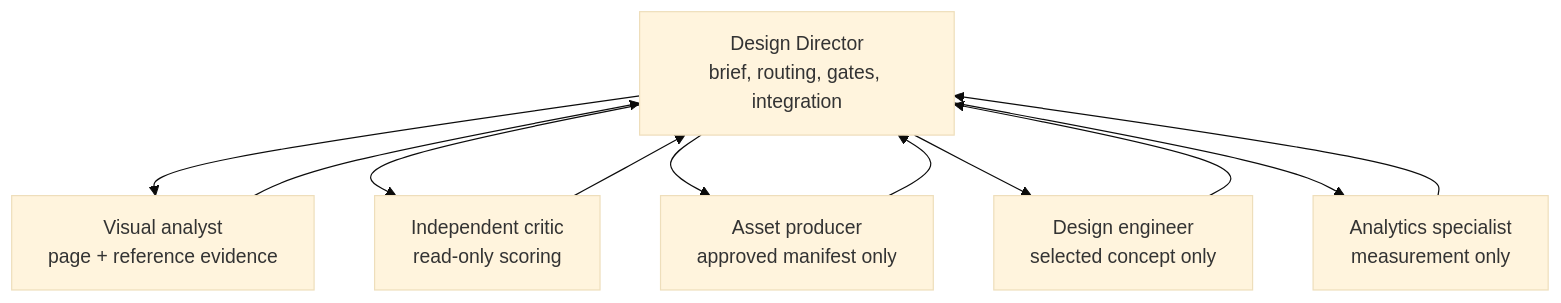
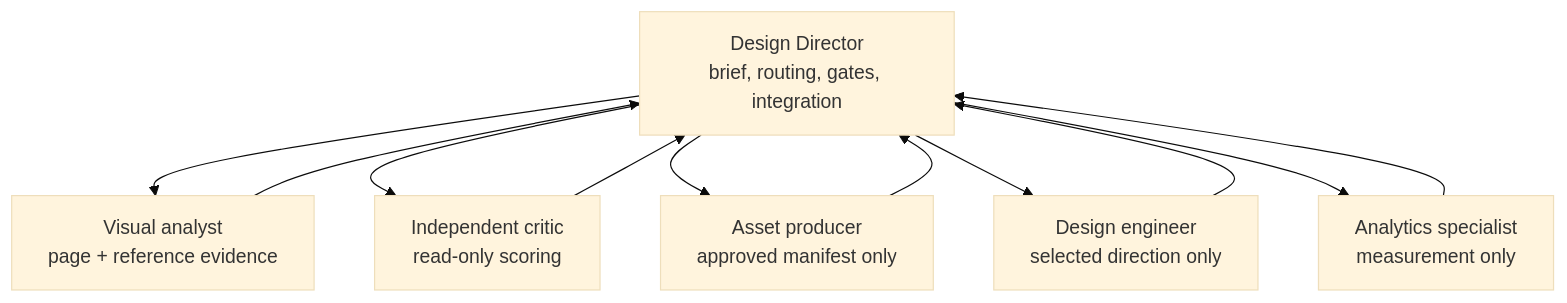
Before and after one commit to RustamG16/Apollo: the second of 2 diagrams in ARCHITECTURE.md, drawn with Mermaid (base theme). The commit also changed other lines of this file and 26 other files, not shown here.

````diff
--- a/ARCHITECTURE.md
+++ b/ARCHITECTURE.md
@@ -44,19 +44,19 @@
 ```mermaid
 flowchart TB
     DD["Design Director\nbrief, routing, gates, integration"]
     VA["Visual analyst\npage + reference evidence"]
     CR["Independent critic\nread-only scoring"]
     AP["Asset producer\napproved manifest only"]
-    DE["Design engineer\nselected concept only"]
+    DE["Design engineer\nselected direction only"]
     AN["Analytics specialist\nmeasurement only"]
     DD --> VA
     VA --> DD
     DD --> CR
     CR --> DD
     DD --> AP
     AP --> DD
     DD --> DE
     DE --> DD
     DD --> AN
     AN --> DD
 ```
````
